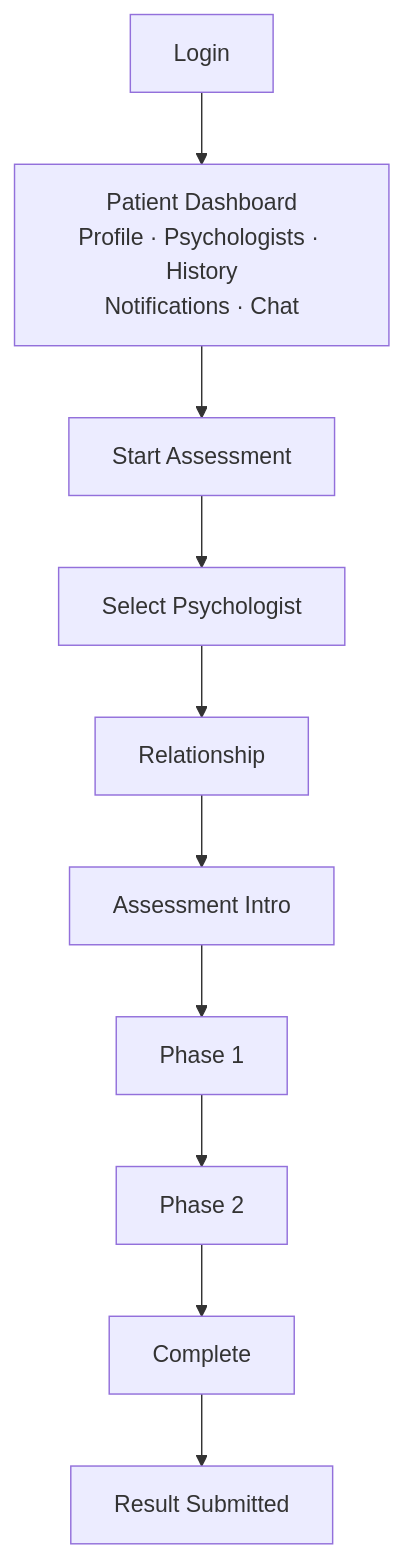
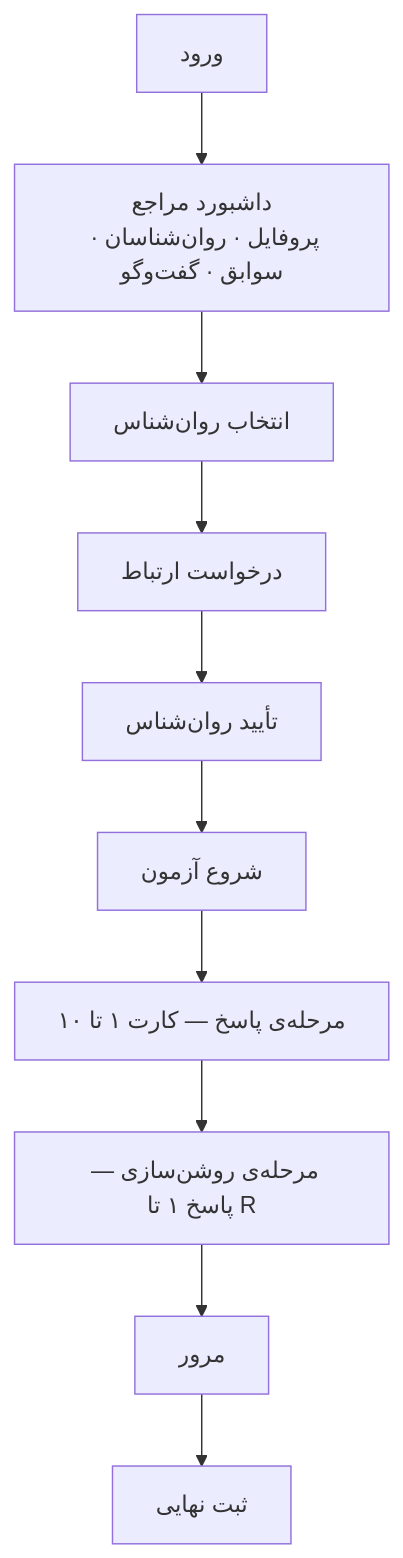
One commit to elmkhah/rorschach changed the first of 2 diagrams in documentation/01-requirements.md. Above: the diagram before and after it, drawn with Mermaid. The commit also changed other lines of this file and 23 other files, not shown here.

````diff
--- a/documentation/01-requirements.md
+++ b/documentation/01-requirements.md
@@ -74,7 +84,7 @@
 ```mermaid
 flowchart TD
-    LG[Login] --> PD["Patient Dashboard<br/>Profile · Psychologists · History<br/>Notifications · Chat"]
-    PD --> SA[Start Assessment]
-    SA --> SP[Select Psychologist] --> RL[Relationship] --> AI[Assessment Intro]
-    AI --> P1[Phase 1] --> P2[Phase 2] --> C[Complete] --> RS[Result Submitted]
+    LG["ورود"] --> PD["داشبورد مراجع<br/>پروفایل · روان‌شناسان · سوابق · گفت‌وگو"]
+    PD --> SP["انتخاب روان‌شناس"] --> RQ["درخواست ارتباط"] --> AP["تأیید روان‌شناس"]
+    AP --> SA["شروع آزمون"] --> P1["مرحله‌ی پاسخ — کارت ۱ تا ۱۰"]
+    P1 --> P2["مرحله‌ی روشن‌سازی — پاسخ ۱ تا R"] --> RV["مرور"] --> C["ثبت نهایی"]
 ```
````
